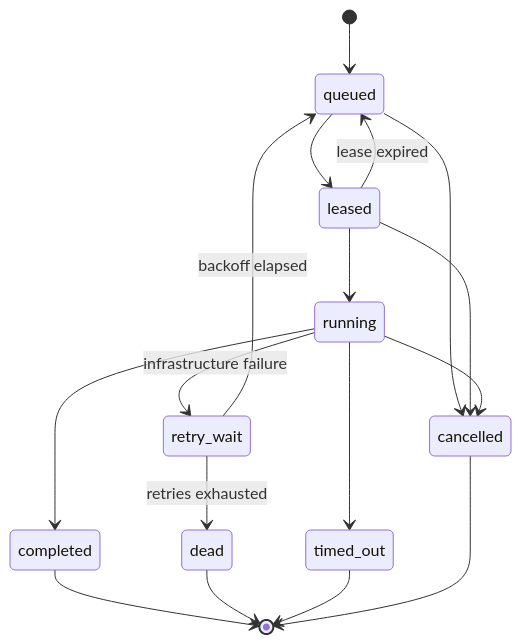
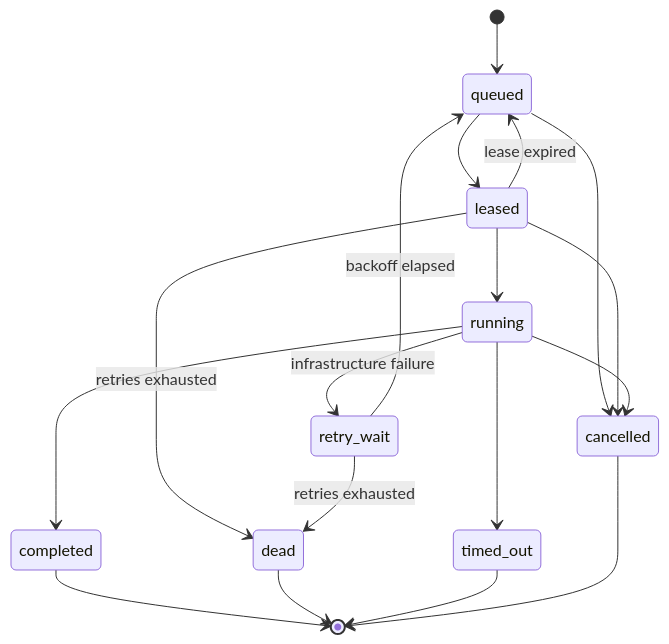
One commit to JO-IK1/CppDefense changed the sixth of 7 diagrams in docs/ARCHITECTURE.md. Above: the diagram before and after it, drawn with Mermaid. The commit also changed other lines of this file and 63 other files, not shown here.

````diff
--- a/docs/ARCHITECTURE.md
+++ b/docs/ARCHITECTURE.md
@@ -207,19 +206,20 @@
 ```mermaid
 stateDiagram-v2
   [*] --> queued
   queued --> leased
   leased --> running
   leased --> queued: lease expired
+  leased --> dead: retries exhausted
   running --> completed
   running --> retry_wait: infrastructure failure
   retry_wait --> queued: backoff elapsed
   retry_wait --> dead: retries exhausted
   running --> timed_out
   queued --> cancelled
   leased --> cancelled
   running --> cancelled
   completed --> [*]
   dead --> [*]
   timed_out --> [*]
   cancelled --> [*]
 ```
````
